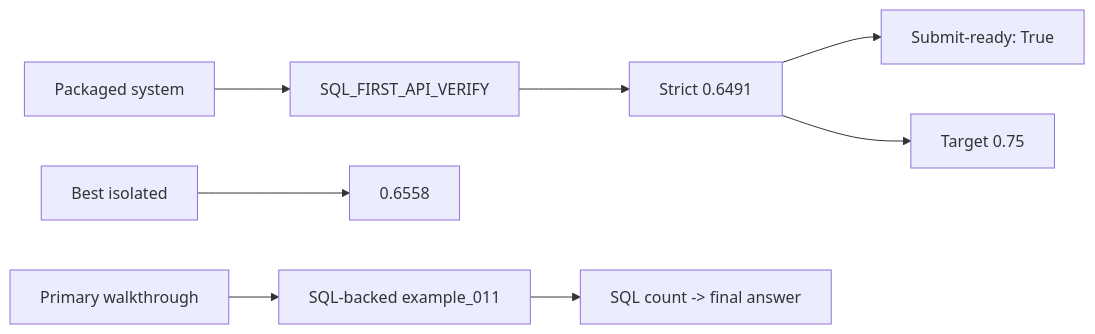
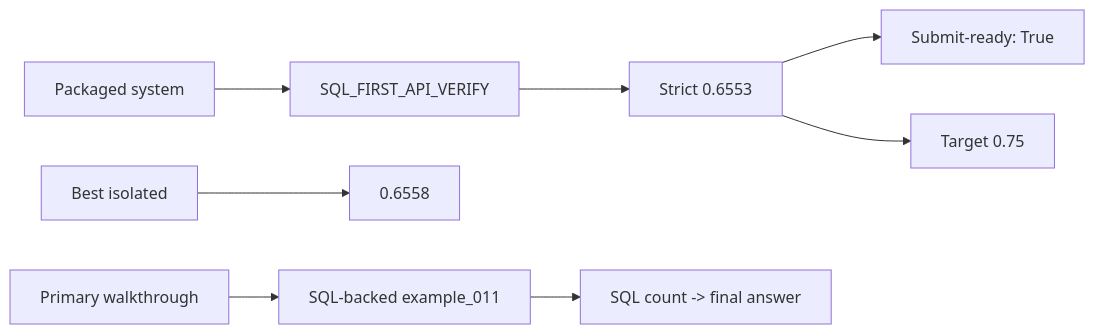
Before and after one commit to dashsys-workshop-vldb/dashsys-workshop-vldb.github.io: the first of 3 diagrams in outputs/visualizations/executive_dashboard.md, drawn with Mermaid. The commit also changed other lines of this file and 4359 other files, not shown here.

````diff
--- a/outputs/visualizations/executive_dashboard.md
+++ b/outputs/visualizations/executive_dashboard.md
@@ -19,10 +19,10 @@
 ```mermaid
 flowchart LR
   A["Packaged system"] --> B["SQL_FIRST_API_VERIFY"]
-  B --> C["Strict 0.6491"]
+  B --> C["Strict 0.6553"]
   C --> D["Submit-ready: True"]
   C --> E["Target 0.75"]
   F["Best isolated"] --> G["0.6558"]
   H["Primary walkthrough"] --> I["SQL-backed example_011"]
   I --> J["SQL count -> final answer"]
 ```
````
